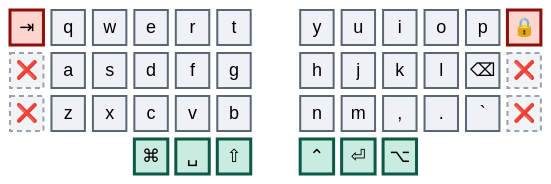
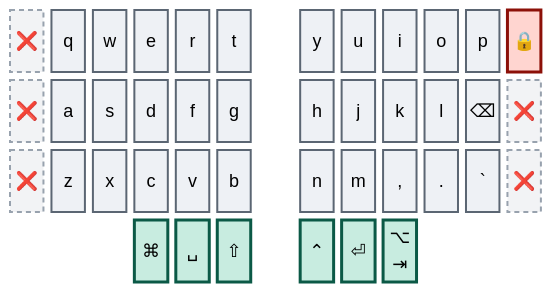
One commit to abloch/zmk-corne changed the second of 5 diagrams in 32-keys.he.md. Above: the diagram before and after it, drawn with Mermaid. The commit also changed other lines of this file and 5 other files, not shown here.

````diff
--- a/32-keys.he.md
+++ b/32-keys.he.md
@@ -52,20 +52,20 @@
 ```mermaid
 %%{init: {'theme':'base','themeVariables':{'primaryColor':'#eef1f5','primaryTextColor':'#0b0f14','primaryBorderColor':'#5b6673','nodeTextColor':'#0b0f14','textColor':'#0b0f14','mainBkg':'#eef1f5','fontSize':'18px'}}}%%
 block
 columns 13
 
-  tab["⇥"] q w e r t space y u i o p lock["🔒"]
-  xl1["❌"] a s d f g space h j k l bspc["⌫"] xr1["❌"]
-  xl2["❌"] z x c v b space n m cma[","] dot["."] grv[" `"] xr2["❌"]
-  space:3 cmd["⌘"] spc["␣"] sft["⇧"] space ctl["⌃"] ent["⏎"] alt["⌥"] space:3
+  xl1["❌"] q w e r t space y u i o p lock["🔒"]
+  xl2["❌"] a s d f g space h j k l bspc["⌫"] xr1["❌"]
+  xl3["❌"] z x c v b space n m cma[","] dot["."] grv[" `"] xr2["❌"]
+  space:3 cmd["⌘"] spc["␣"] sft["⇧"] space ctl["⌃"] ent["⏎"] alt["⌥<br/>⇥"] space:3
 
   classDef doomed fill:#ffd5d0,stroke:#8c1008,stroke-width:3px,color:#3d0603
   classDef dead fill:#f2f3f5,stroke:#98a2ae,stroke-width:2px,stroke-dasharray:5 4,color:#5b6673
   classDef core fill:#eef1f5,stroke:#5b6673,stroke-width:2px,color:#0b0f14
   classDef thumb fill:#c8ece0,stroke:#0b5946,stroke-width:3px,color:#06241c
 
-  class tab,lock doomed
-  class xl1,xl2,xr1,xr2 dead
+  class lock doomed
+  class xl1,xl2,xl3,xr1,xr2 dead
   class q,w,e,r,t,a,s,d,f,g,z,x,c,v,b,y,u,i,o,p,h,j,k,l,bspc,n,m,cma,dot,grv core
   class cmd,spc,sft,ctl,ent,alt thumb
 ```
````
